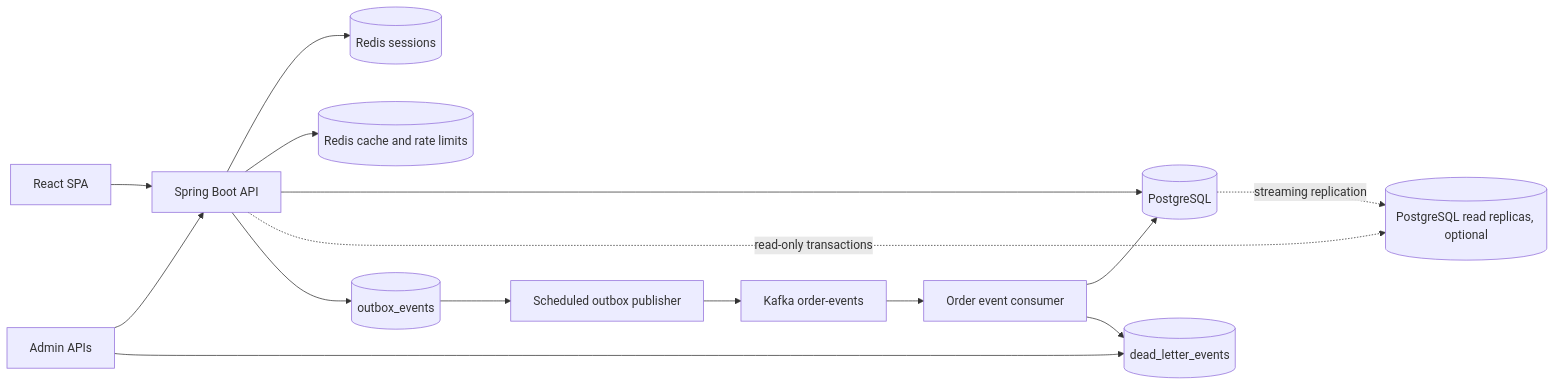
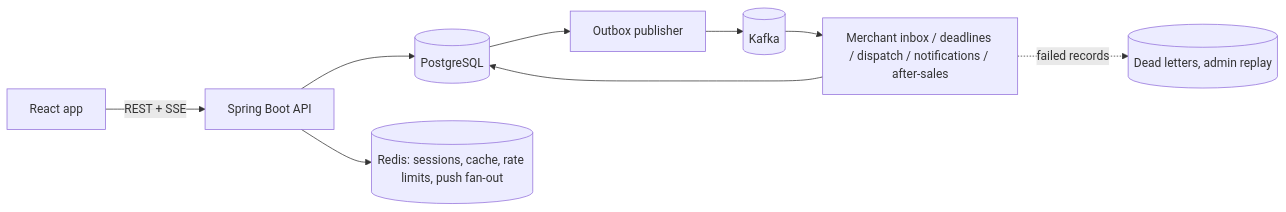
Before and after one commit to luc1ferxx/Luc1fersFoodBank: the diagram in README.md, drawn with Mermaid. The commit also changed other lines of this file and 32 other files, not shown here.

````diff
--- a/README.md
+++ b/README.md
@@ -64,17 +40,11 @@
 ```mermaid
 flowchart LR
-  Browser[React SPA] --> API[Spring Boot API]
-  API --> Session[(Redis sessions)]
-  API --> Cache[(Redis cache and rate limits)]
+  Browser[React app] -- REST + SSE --> API[Spring Boot API]
   API --> DB[(PostgreSQL)]
-  API -. read-only transactions .-> Replica[(PostgreSQL read replicas, optional)]
-  DB -. streaming replication .-> Replica
-  API --> Outbox[(outbox_events)]
-  Outbox --> Publisher[Scheduled outbox publisher]
-  Publisher --> Kafka[Kafka order-events]
-  Kafka --> Consumer[Order event consumer]
-  Consumer --> DB
-  Consumer --> DLT[(dead_letter_events)]
-  Admin[Admin APIs] --> API
-  Admin --> DLT
+  API --> Redis[(Redis: sessions, cache, rate limits, push fan-out)]
+  DB --> Outbox[Outbox publisher]
+  Outbox --> Kafka[(Kafka)]
+  Kafka --> Modules[Merchant inbox / deadlines / dispatch / notifications / after-sales]
+  Modules --> DB
+  Modules -. failed records .-> DLT[(Dead letters, admin replay)]
 ```
````
